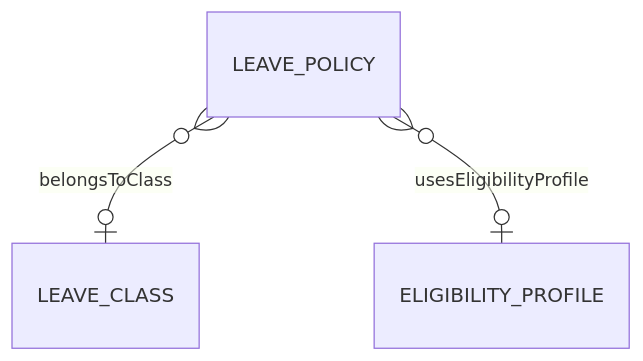
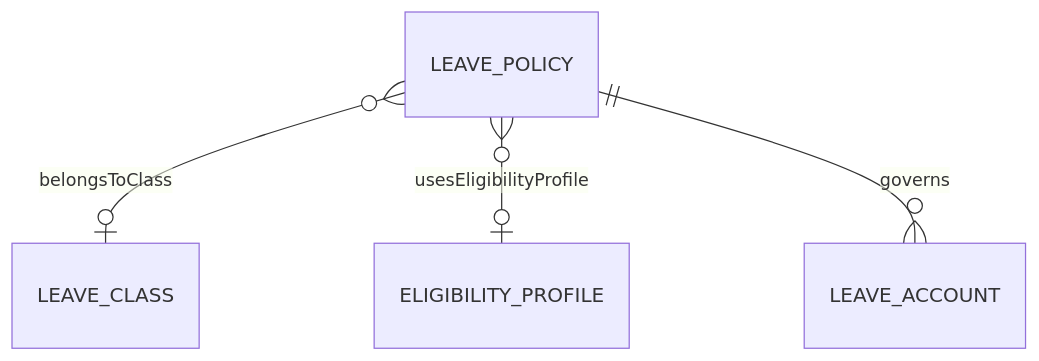
One commit to a4b-corporation/xTalent changed the second of 4 diagrams in docs/01-modules/TA/00-ontology/domain/leave-definition/leave-policy.onto.md. Above: the diagram before and after it, drawn with Mermaid. The commit also changed other lines of this file and 12 other files, not shown here.

````diff
--- a/docs/01-modules/TA/00-ontology/domain/leave-definition/leave-policy.onto.md
+++ b/docs/01-modules/TA/00-ontology/domain/leave-definition/leave-policy.onto.md
@@ -164,5 +213,6 @@
 ```mermaid
 erDiagram
     LEAVE_POLICY }o--o| LEAVE_CLASS : "belongsToClass"
     LEAVE_POLICY }o--o| ELIGIBILITY_PROFILE : "usesEligibilityProfile"
+    LEAVE_POLICY ||--o{ LEAVE_ACCOUNT : "governs"
 ```
````
